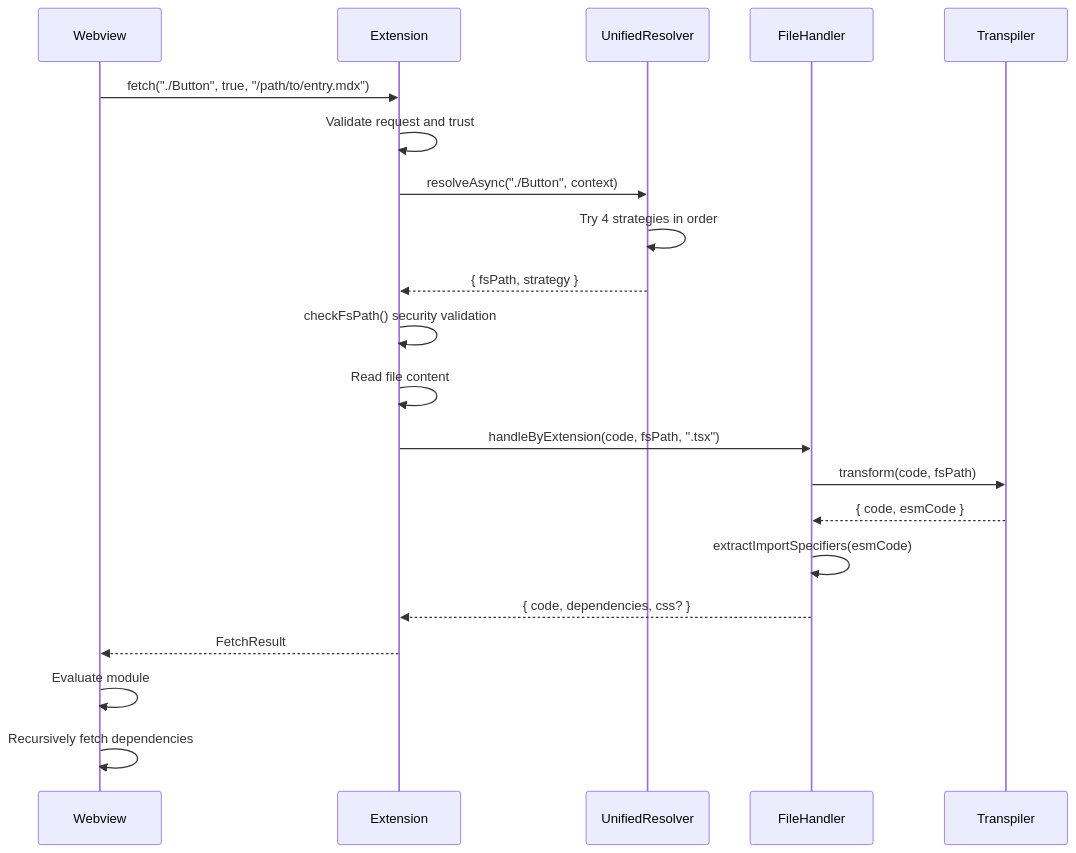
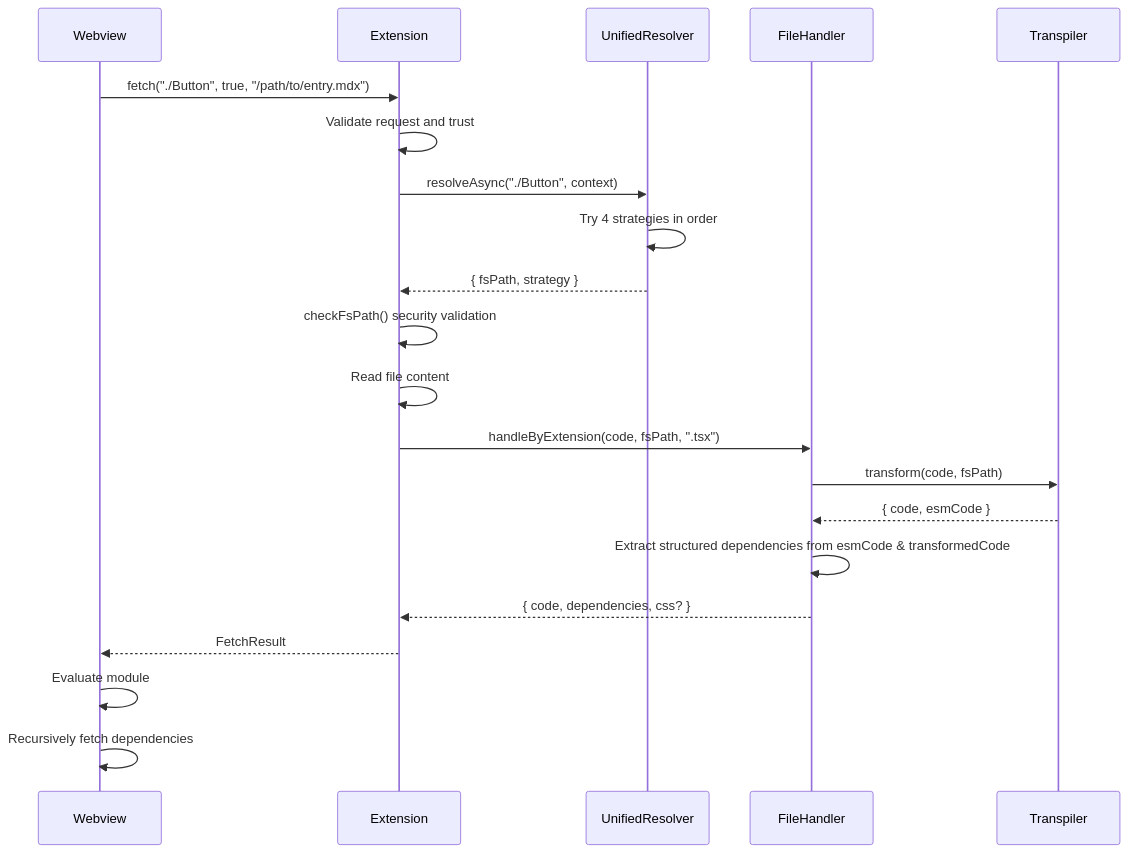
Before and after one commit to ggfincke/vsc-mdx-preview: the sixth of 16 diagrams in docs/architecture.mdx, drawn with Mermaid. The commit also changed other lines of this file and 280 other files, not shown here.

````diff
--- a/docs/architecture.mdx
+++ b/docs/architecture.mdx
@@ -540,28 +539,28 @@
 ```mermaid
 sequenceDiagram
     participant Webview
     participant Extension
     participant Resolver as UnifiedResolver
     participant Handler as FileHandler
     participant Transpiler
 
     Webview->>Extension: fetch("./Button", true, "/path/to/entry.mdx")
     Extension->>Extension: Validate request and trust
 
     Extension->>Resolver: resolveAsync("./Button", context)
     Resolver->>Resolver: Try 4 strategies in order
     Resolver-->>Extension: { fsPath, strategy }
 
     Extension->>Extension: checkFsPath() security validation
     Extension->>Extension: Read file content
 
     Extension->>Handler: handleByExtension(code, fsPath, ".tsx")
     Handler->>Transpiler: transform(code, fsPath)
     Transpiler-->>Handler: { code, esmCode }
-    Handler->>Handler: extractImportSpecifiers(esmCode)
+    Handler->>Handler: Extract structured dependencies from esmCode & transformedCode
     Handler-->>Extension: { code, dependencies, css? }
 
     Extension-->>Webview: FetchResult
     Webview->>Webview: Evaluate module
     Webview->>Webview: Recursively fetch dependencies
 ```
````
